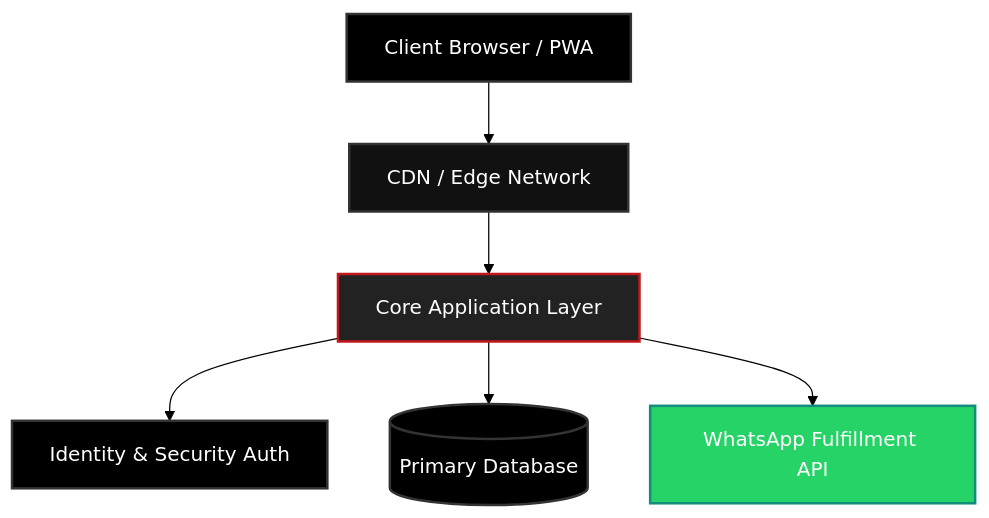
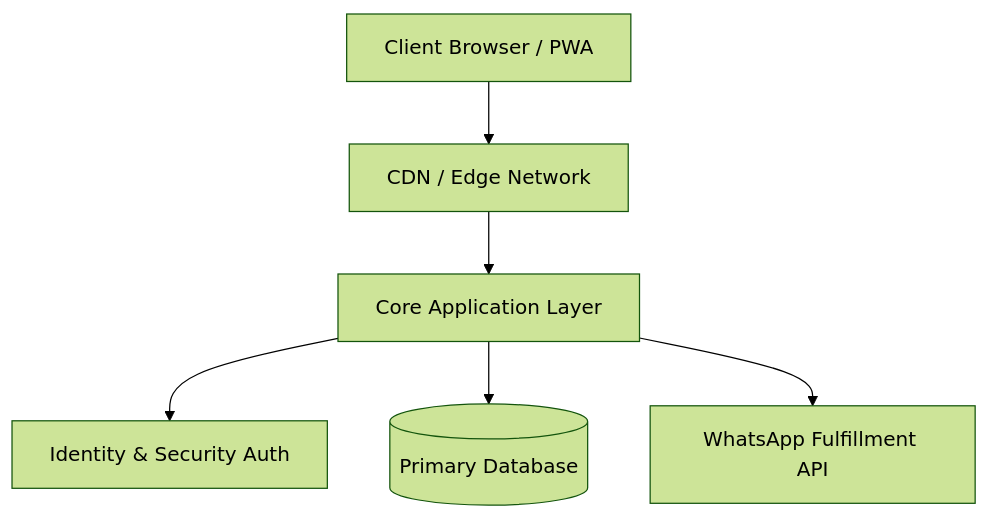
Before and after one commit to kecrwn/Temporarytestsheet: the diagram in README.md, drawn with Mermaid (forest theme).

Commit message:
docs: simplify mermaid diagram to fix GitHub rendering issue

````diff
--- a/README.md
+++ b/README.md
@@ -28,15 +28,8 @@
 ```mermaid
 graph TD;
     Client[Client Browser / PWA] --> Edge[CDN / Edge Network];
     Edge --> App[Core Application Layer];
     App --> Auth[Identity & Security Auth];
     App --> DB[(Primary Database)];
     App --> WA[WhatsApp Fulfillment API];
-    
-    style Client fill:#000000,stroke:#333,stroke-width:2px,color:#fff
-    style Edge fill:#111111,stroke:#333,stroke-width:2px,color:#fff
-    style App fill:#222222,stroke:#C2181C,stroke-width:2px,color:#fff
-    style Auth fill:#000000,stroke:#333,stroke-width:2px,color:#fff
-    style DB fill:#000000,stroke:#333,stroke-width:2px,color:#fff
-    style WA fill:#25D366,stroke:#128C7E,stroke-width:2px,color:#fff
 ```
````
